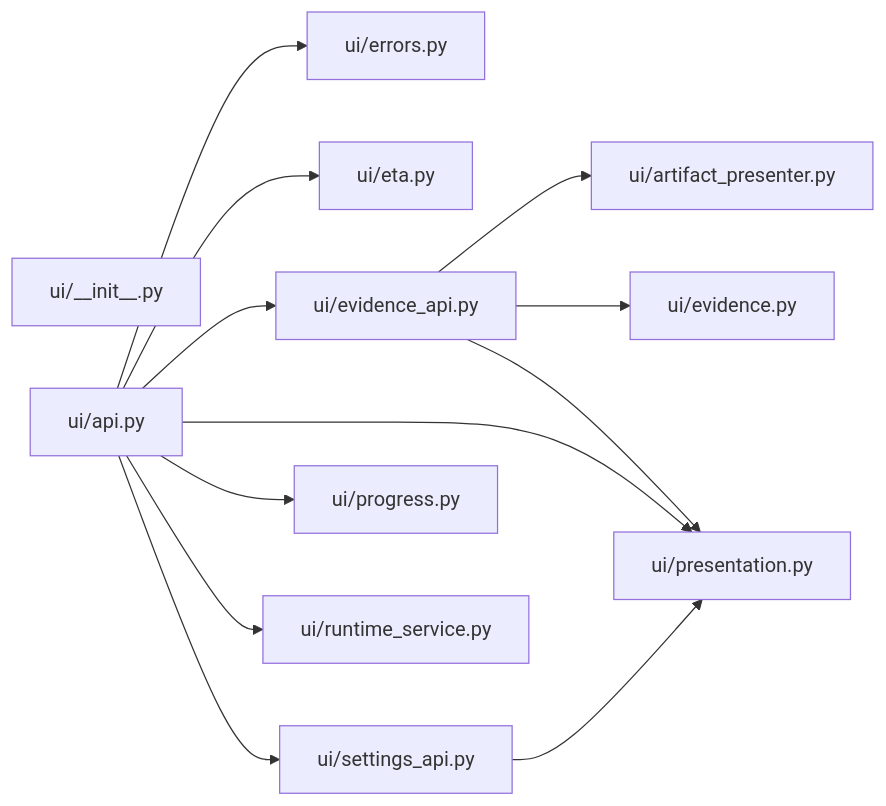
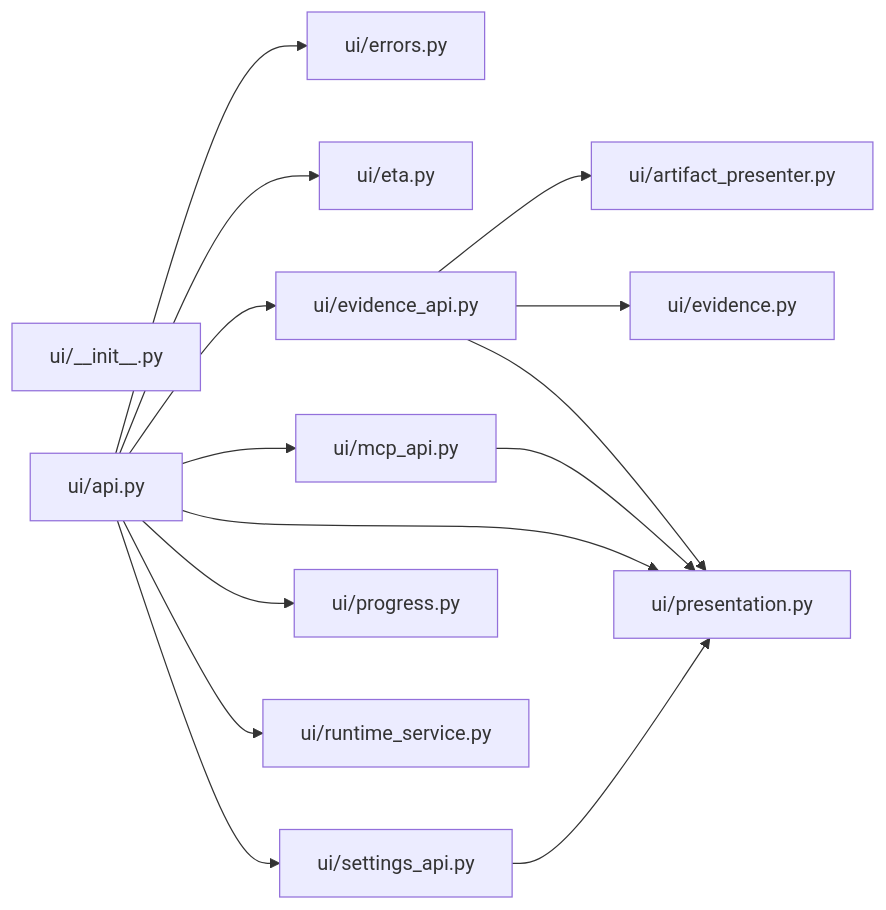
Diagram 20 of 21 in docs/ARCHITECTURE_MAP.md (sarveshtalele/maf-harness-testing), drawn with Mermaid before and after one commit. The commit also changed other lines of this file and 3 other files, not shown here.

Commit message:
feat(mcp): docs, tests, architecture map

````diff
--- a/docs/ARCHITECTURE_MAP.md
+++ b/docs/ARCHITECTURE_MAP.md
@@ -500,25 +506,28 @@
 ```mermaid
 flowchart LR
   f0["ui/__init__.py"]
   f1["ui/api.py"]
   f2["ui/artifact_presenter.py"]
   f3["ui/errors.py"]
   f4["ui/eta.py"]
   f5["ui/evidence.py"]
   f6["ui/evidence_api.py"]
-  f7["ui/presentation.py"]
-  f8["ui/progress.py"]
-  f9["ui/runtime_service.py"]
-  f10["ui/settings_api.py"]
+  f7["ui/mcp_api.py"]
+  f8["ui/presentation.py"]
+  f9["ui/progress.py"]
+  f10["ui/runtime_service.py"]
+  f11["ui/settings_api.py"]
   f1 --> f3
   f1 --> f4
   f1 --> f6
   f1 --> f7
   f1 --> f8
   f1 --> f9
   f1 --> f10
+  f1 --> f11
   f6 --> f2
   f6 --> f5
-  f6 --> f7
-  f10 --> f7
+  f6 --> f8
+  f7 --> f8
+  f11 --> f8
 ```
````
